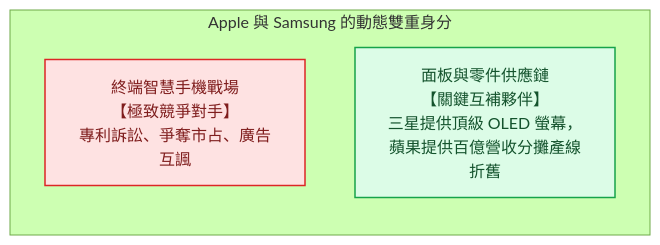
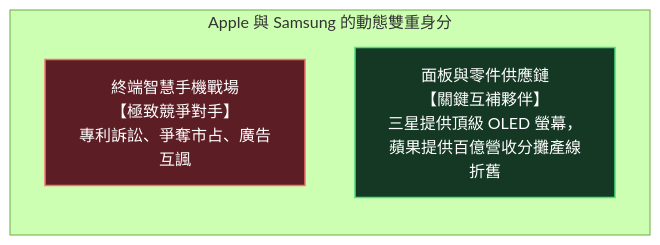
Before and after one commit to Jimlin0428/my-digital-garden: the second of 4 diagrams in src/site/notes/98_商業概念庫/value-net_價值網.md, drawn with Mermaid (forest theme). The commit also changed other lines of this file and 58 other files, not shown here.

````diff
--- a/src/site/notes/98_商業概念庫/value-net_價值網.md
+++ b/src/site/notes/98_商業概念庫/value-net_價值網.md
@@ -99,10 +99,10 @@
 ```mermaid
 flowchart LR
     subgraph AppleSamsung ["Apple 與 Samsung 的動態雙重身分"]
         direction TB
         C1["終端智慧手機戰場<br>【極致競爭對手】<br>專利訴訟、爭奪市占、廣告互諷"]
         C2["面板與零件供應鏈<br>【關鍵互補夥伴】<br>三星提供頂級 OLED 螢幕，蘋果提供百億營收分攤產線折舊"]
     end
-    style C1 fill:#fee2e2,stroke:#dc2626,stroke-width:1.5px,color:#7f1d1d
-    style C2 fill:#dcfce7,stroke:#16a34a,stroke-width:1.5px,color:#14532d
+    style C1 fill:#5c1d24,stroke:#f87171,stroke-width:1.5px,color:#ffffff
+    style C2 fill:#143823,stroke:#4ade80,stroke-width:1.5px,color:#ffffff
 ```
````
